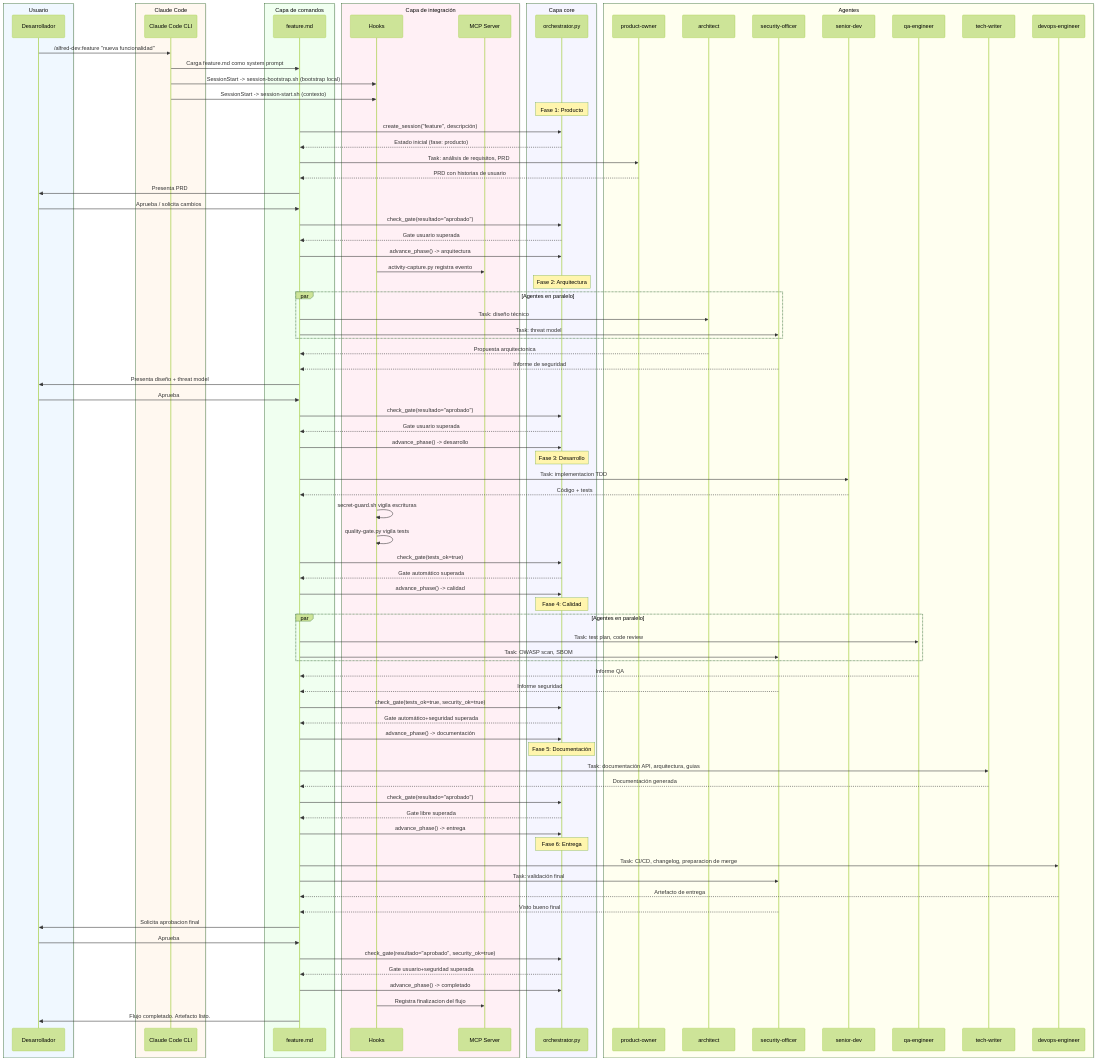
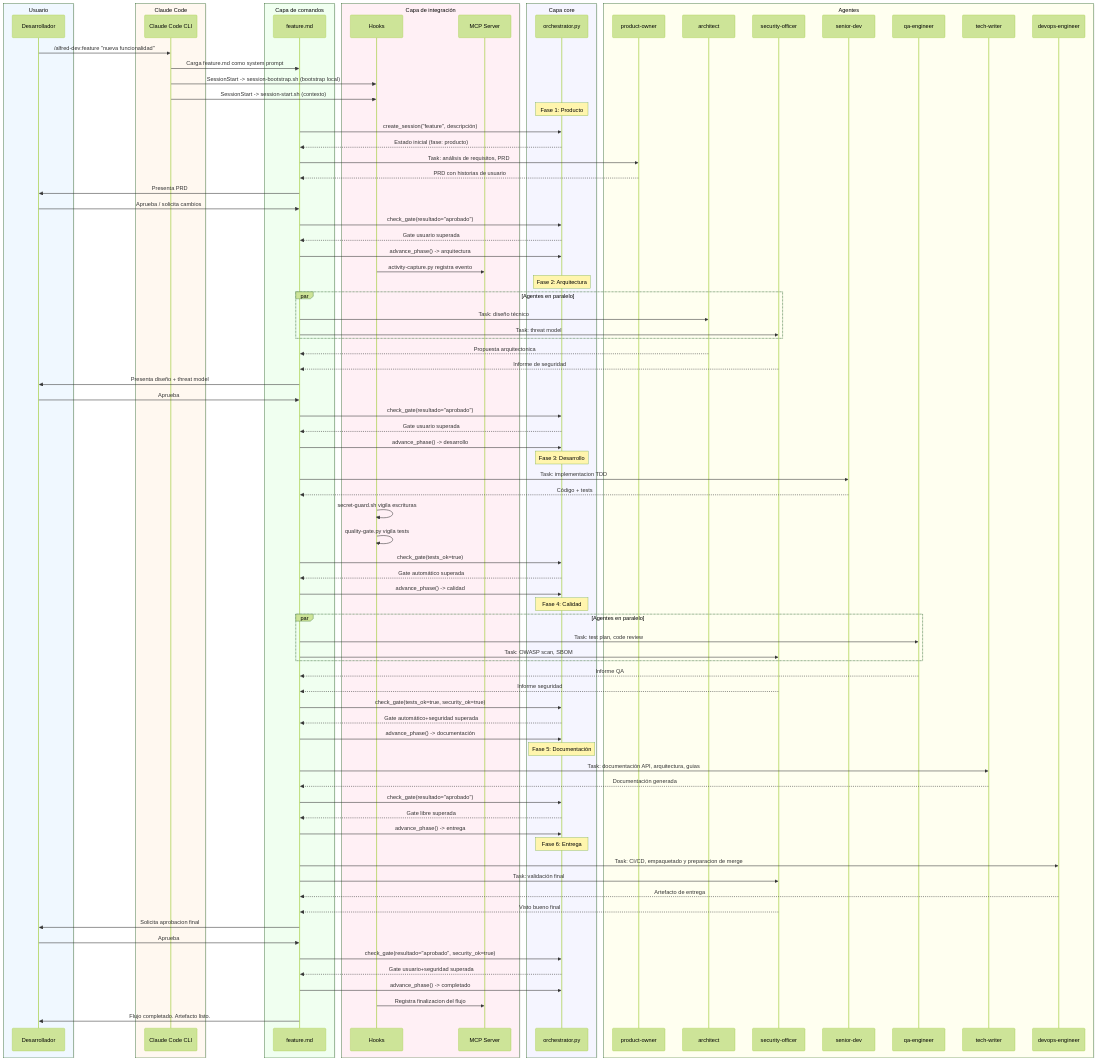
The second of 3 diagrams in docs/architecture.md (686f6c61/alfred-dev), drawn with Mermaid (forest theme) before and after one commit. The commit also changed other lines of this file and 165 other files, not shown here.

```diff
--- a/docs/architecture.md
+++ b/docs/architecture.md
@@ -269,7 +273,7 @@
 
     Note over ORC: Fase 6: Entrega
 
-    CMD->>DO: Task: CI/CD, changelog, preparacion de merge
+    CMD->>DO: Task: CI/CD, empaquetado y preparacion de merge
     CMD->>SO: Task: validación final
     DO-->>CMD: Artefacto de entrega
     SO-->>CMD: Visto bueno final
```
